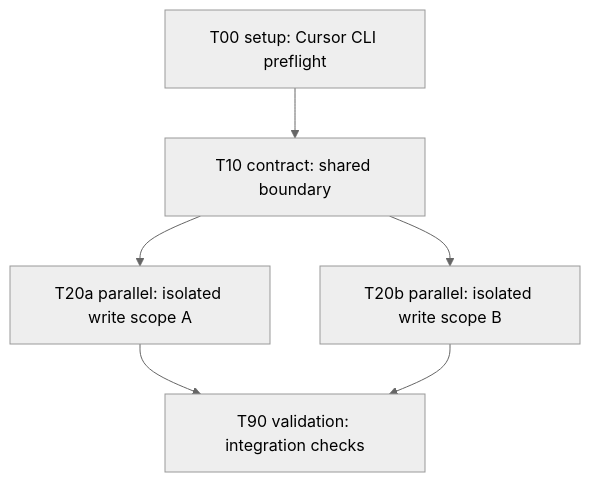
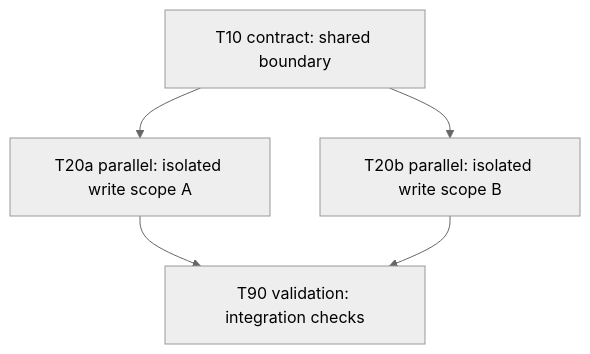
Before and after one commit to ryryo/dot-claude-dev: the first of 2 diagrams in .codex/skills/dev/cursor-agent-sprint-cli/templates/tasks.md, drawn with Mermaid (neutral theme). The commit also changed other lines of this file and 20 other files, not shown here.

````diff
--- a/.codex/skills/dev/cursor-agent-sprint-cli/templates/tasks.md
+++ b/.codex/skills/dev/cursor-agent-sprint-cli/templates/tasks.md
@@ -19,14 +18,12 @@
 ```mermaid
 flowchart TD
-  T00["T00 setup: Cursor CLI preflight"]
   T10["T10 contract: shared boundary"]
   T20a["T20a parallel: isolated write scope A"]
   T20b["T20b parallel: isolated write scope B"]
   T90["T90 validation: integration checks"]
 
-  T00 --> T10
   T10 --> T20a
   T10 --> T20b
   T20a --> T90
   T20b --> T90
 ```
````
